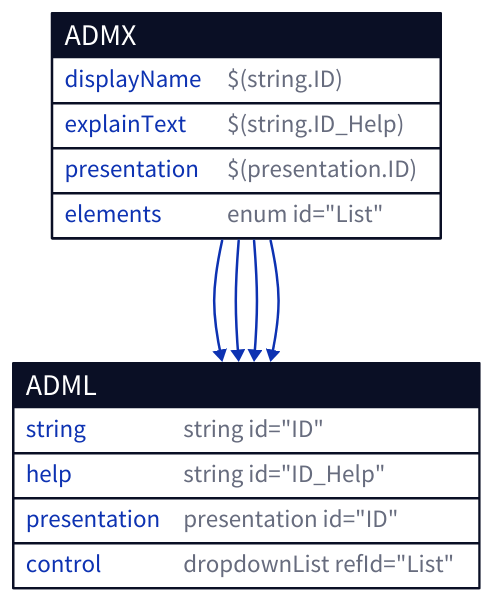
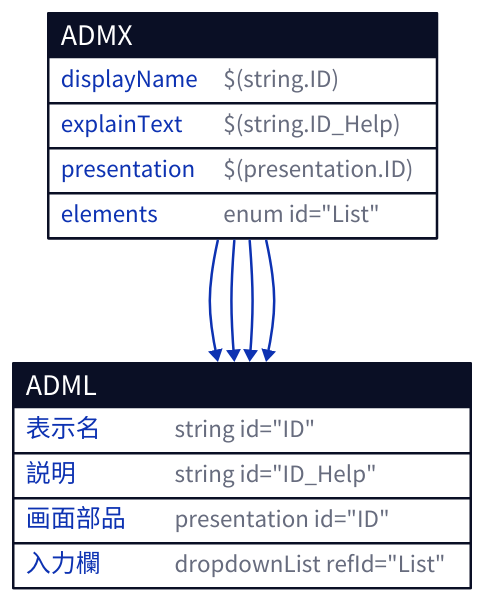
One commit to kenchan0130/kenchan0130.github.io changed the fourth of 6 diagrams in src/content/posts/2026-10-05-1.mdx. Above: the diagram before and after it, drawn with D2. The commit also changed other lines of this file, not shown here.

First line of the commit message:
Apply review feedback to the ADMX article

````diff
--- a/src/content/posts/2026-10-05-1.mdx
+++ b/src/content/posts/2026-10-05-1.mdx
@@ -299,20 +333,20 @@
 ```d2 title="ADMXのpolicy要素の属性とelementsが、ADMLのstringTableとpresentationTableを参照する関係"
 admx: ADMX {
   shape: sql_table
   displayName: '$(string.ID)'
   explainText: '$(string.ID_Help)'
   presentation: '$(presentation.ID)'
   elements: 'enum id="List"'
 }
 adml: ADML {
   shape: sql_table
-  string: 'string id="ID"'
-  help: 'string id="ID_Help"'
-  presentation: 'presentation id="ID"'
-  control: 'dropdownList refId="List"'
+  表示名: 'string id="ID"'
+  説明: 'string id="ID_Help"'
+  画面部品: 'presentation id="ID"'
+  入力欄: 'dropdownList refId="List"'
 }
-admx.displayName -> adml.string
-admx.explainText -> adml.help
-admx.presentation -> adml.presentation
-admx.elements -> adml.control
+admx.displayName -> adml.表示名
+admx.explainText -> adml.説明
+admx.presentation -> adml.画面部品
+admx.elements -> adml.入力欄
 ```
````
